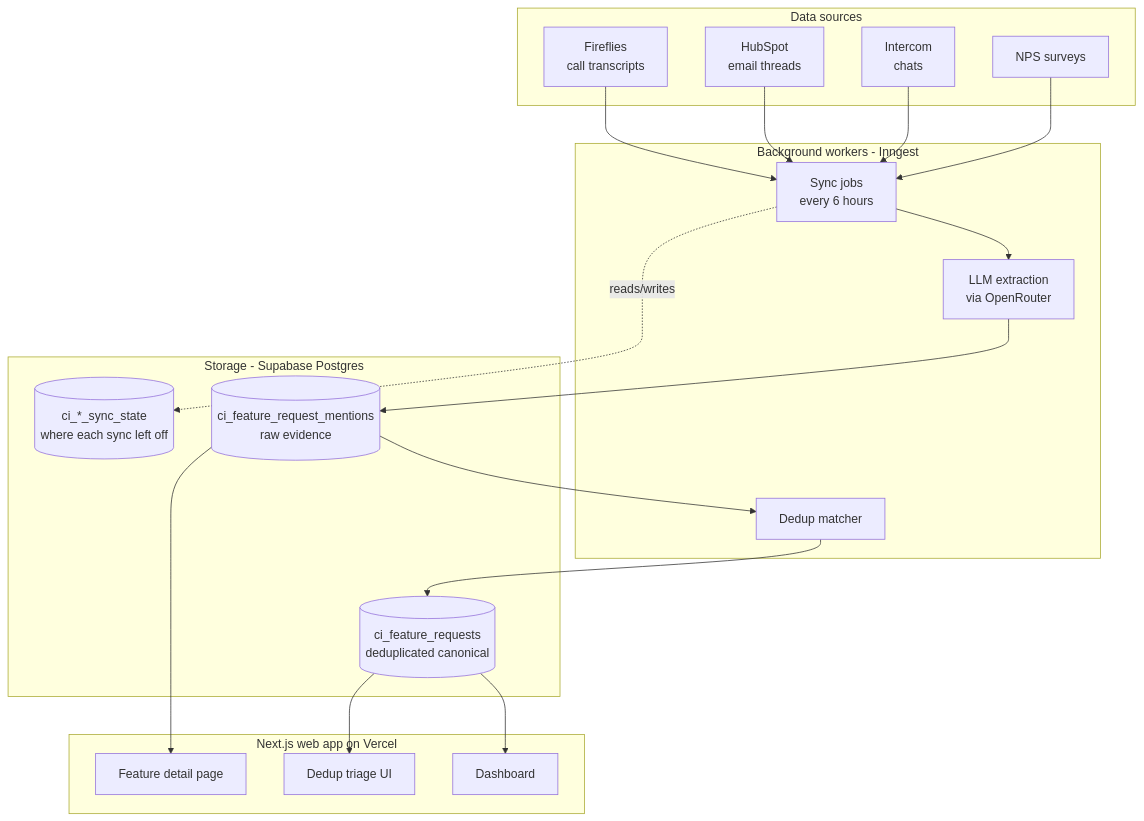
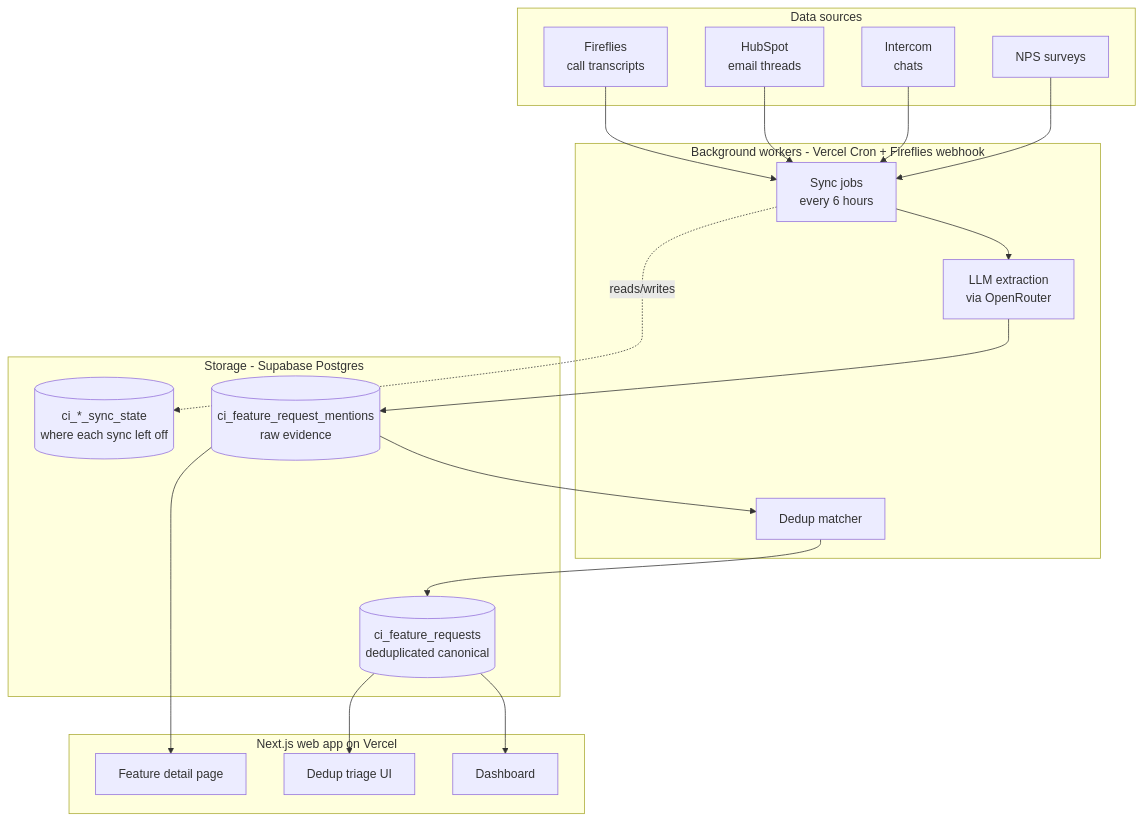
One commit to llitton/build-with-claude changed the diagram in docs/301-build-the-real-thing.md. Above: the diagram before and after it, drawn with Mermaid. The commit also changed other lines of this file and 4 other files, not shown here.

Commit message:
Correct architecture: Vercel Cron + Fireflies webhook (not Inngest); add Sheets mock; misc copy fixes

````diff
--- a/docs/301-build-the-real-thing.md
+++ b/docs/301-build-the-real-thing.md
@@ -32,40 +32,40 @@
 ```mermaid
 flowchart TB
     subgraph Sources [Data sources]
         F[Fireflies<br/>call transcripts]
         H[HubSpot<br/>email threads]
         I[Intercom<br/>chats]
         N[NPS surveys]
     end
 
-    subgraph Background [Background workers - Inngest]
+    subgraph Background [Background workers - Vercel Cron + Fireflies webhook]
         Sync[Sync jobs<br/>every 6 hours]
         Extract[LLM extraction<br/>via OpenRouter]
         Dedupe[Dedup matcher]
     end
 
     subgraph Storage [Storage - Supabase Postgres]
         Mentions[(ci_feature_request_mentions<br/>raw evidence)]
         Features[(ci_feature_requests<br/>deduplicated canonical)]
         Cache[(ci_*_sync_state<br/>where each sync left off)]
     end
 
     subgraph App [Next.js web app on Vercel]
         Dash[Dashboard]
         Detail[Feature detail page]
         Triage[Dedup triage UI]
     end
 
     F --> Sync
     H --> Sync
     I --> Sync
     N --> Sync
     Sync --> Extract
     Extract --> Mentions
     Mentions --> Dedupe
     Dedupe --> Features
     Features --> Dash
     Mentions --> Detail
     Features --> Triage
     Sync -.reads/writes.-> Cache
 ```
````
